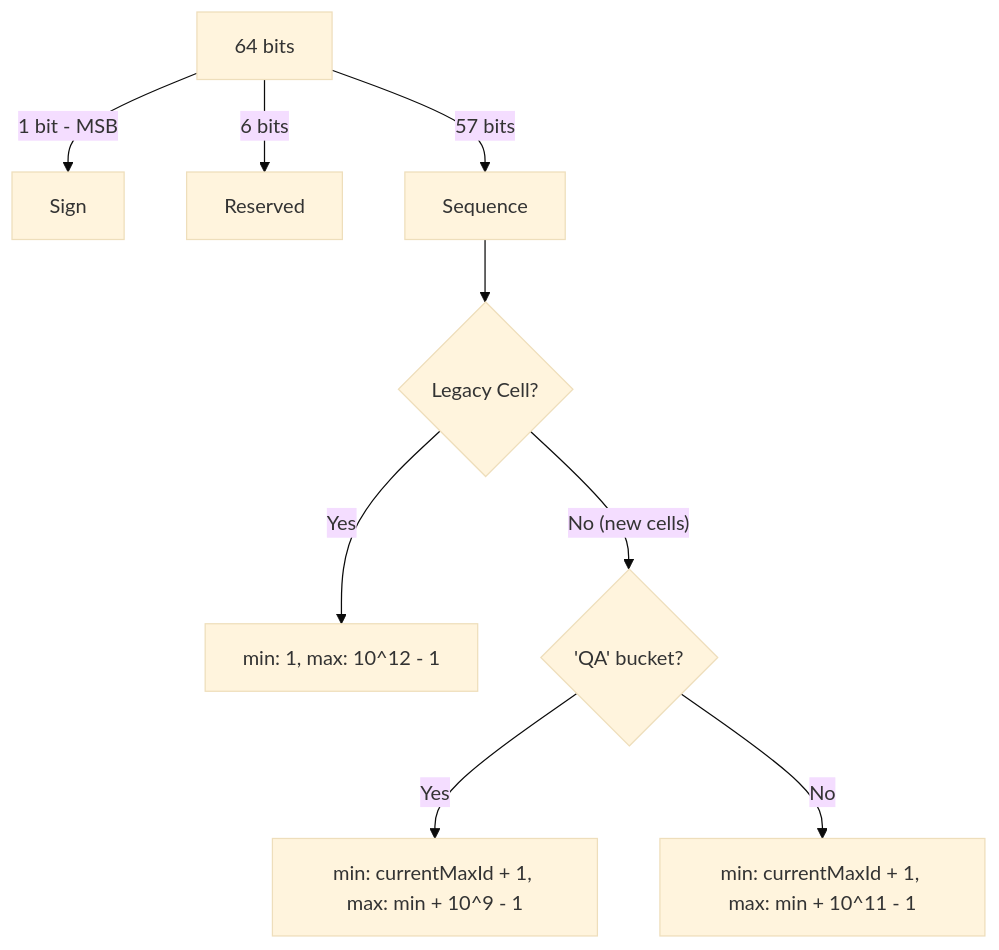
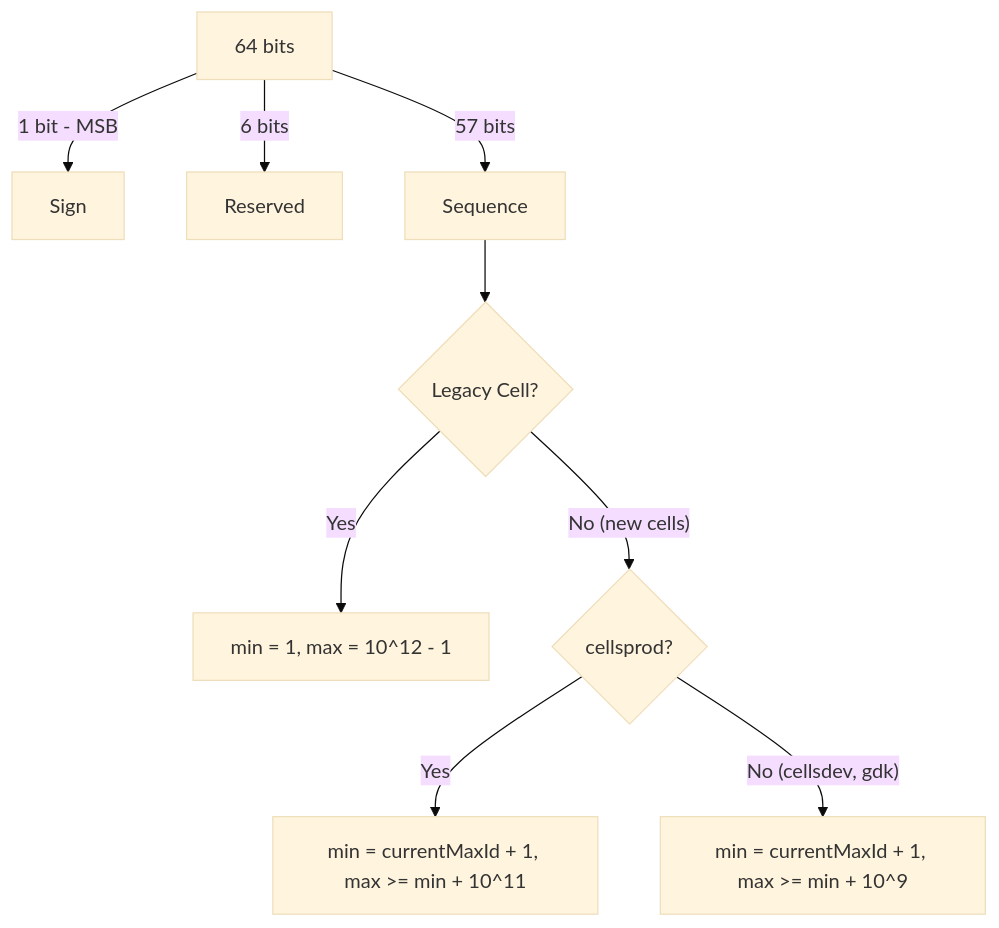
Before and after one commit to zalyoung/gitlab-handbook: the second of 9 diagrams in content/handbook/engineering/architecture/design-documents/cells/topology_service.md, drawn with Mermaid (base theme). The commit also changed other lines of this file, not shown here.

Commit message:
Updates sequence-range docs with changes

````diff
--- a/content/handbook/engineering/architecture/design-documents/cells/topology_service.md
+++ b/content/handbook/engineering/architecture/design-documents/cells/topology_service.md
@@ -136,11 +136,11 @@
 ```mermaid
 flowchart TD
   A[64 bits] --> |1 bit - MSB| B[Sign]
   A -->|6 bits| C[Reserved]
   A -->|57 bits| D[Sequence]
   D --> E{Legacy Cell?}
-  E --> |Yes|F[min: 1, max: 10^12 - 1]
-  E --> |"No (new cells)"| G{'QA' bucket?}
-  G --> |Yes| H[min: currentMaxId + 1, max: min + 10^9 - 1]
-  G --> |No| I[min: currentMaxId + 1, max: min + 10^11 - 1]
+  E --> |Yes|F[min = 1, max = 10^12 - 1]
+  E --> |"No (new cells)"| G{cellsprod?}
+  G --> |Yes| H[min = currentMaxId + 1, max >= min + 10^11]
+  G --> |"No (cellsdev, gdk)"| I[min = currentMaxId + 1, max >= min + 10^9]
 ```
````
